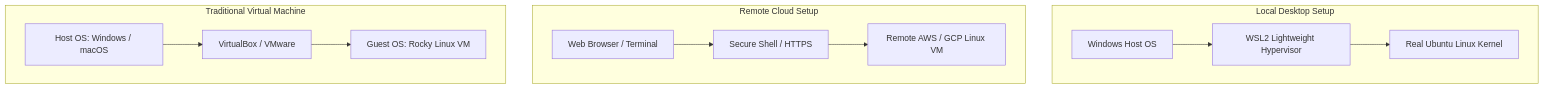
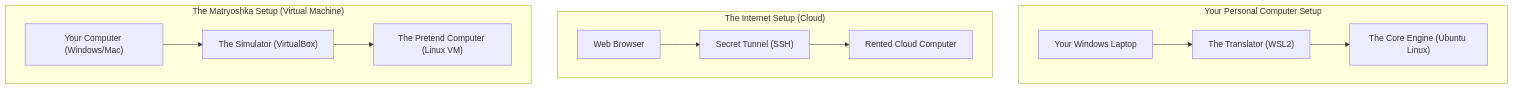
One commit to aloysiuspattath/platform-engineering-ai-course changed the diagram in website/pages/modules/module-01/lesson-04.md. Above: the diagram before and after it, drawn with Mermaid. The commit also changed other lines of this file and 56 other files, not shown here.

Commit message:
refactor: simplify all architecture diagrams and explanations to layman's terms via AI subagent swarm

````diff
--- a/website/pages/modules/module-01/lesson-04.md
+++ b/website/pages/modules/module-01/lesson-04.md
@@ -76,17 +76,17 @@
 ```mermaid
 flowchart TD
-    subgraph LocalSetup [Local Desktop Setup]
-        WIN[Windows Host OS] --> WSL[WSL2 Lightweight Hypervisor]
-        WSL --> LIN_WSL[Real Ubuntu Linux Kernel]
+    subgraph LocalSetup ["Your Personal Computer Setup"]
+        WIN["Your Windows Laptop"] --> WSL["The Translator (WSL2)"]
+        WSL --> LIN_WSL["The Core Engine (Ubuntu Linux)"]
     end
 
-    subgraph CloudSetup [Remote Cloud Setup]
-        BROWSER[Web Browser / Terminal] --> SSH[Secure Shell / HTTPS]
-        SSH --> CLOUD_VM[Remote AWS / GCP Linux VM]
+    subgraph CloudSetup ["The Internet Setup (Cloud)"]
+        BROWSER["Web Browser"] --> SSH["Secret Tunnel (SSH)"]
+        SSH --> CLOUD_VM["Rented Cloud Computer"]
     end
 
-    subgraph DesktopVM [Traditional Virtual Machine]
-        HOST[Host OS: Windows / macOS] --> HYP[VirtualBox / VMware]
-        HYP --> GUEST[Guest OS: Rocky Linux VM]
+    subgraph DesktopVM ["The Matryoshka Setup (Virtual Machine)"]
+        HOST["Your Computer (Windows/Mac)"] --> HYP["The Simulator (VirtualBox)"]
+        HYP --> GUEST["The Pretend Computer (Linux VM)"]
     end
 ```
````
